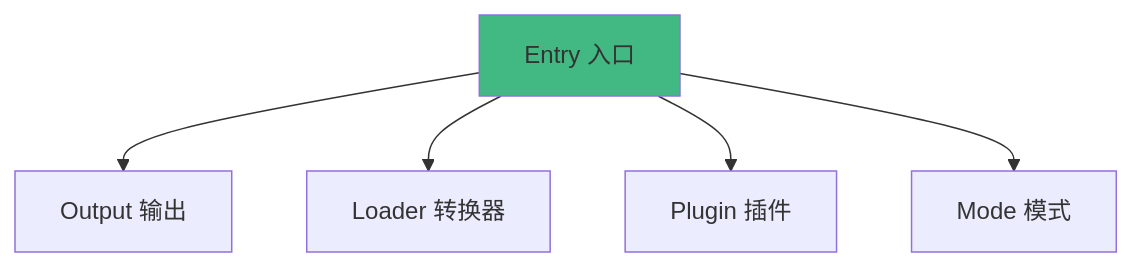
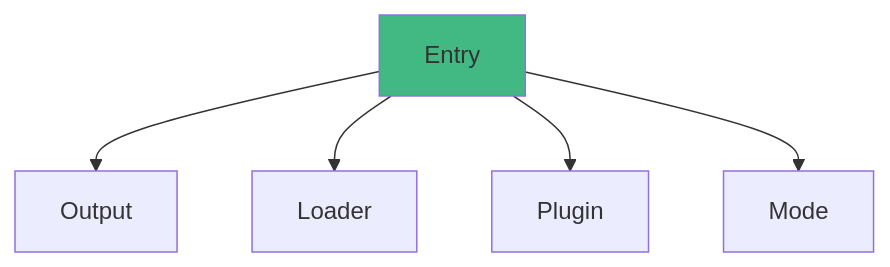
The diagram in docs/docs/前端开发/Webpack完整指南.mdx (Weuqiang/weuqiangcreate_website), drawn with Mermaid before and after one commit. The commit also changed other lines of this file and 517 other files, not shown here.

````diff
--- a/docs/docs/前端开发/Webpack完整指南.mdx
+++ b/docs/docs/前端开发/Webpack完整指南.mdx
@@ -15,9 +15,9 @@
 ```mermaid
 graph TB
-    A[Entry 入口] --> B[Output 输出]
-    A --> C[Loader 转换器]
-    A --> D[Plugin 插件]
-    A --> E[Mode 模式]
+    A[Entry ] --> B[Output ]
+    A --> C[Loader ]
+    A --> D[Plugin ]
+    A --> E[Mode ]
     
     style A fill:#42b883
 ```
````
